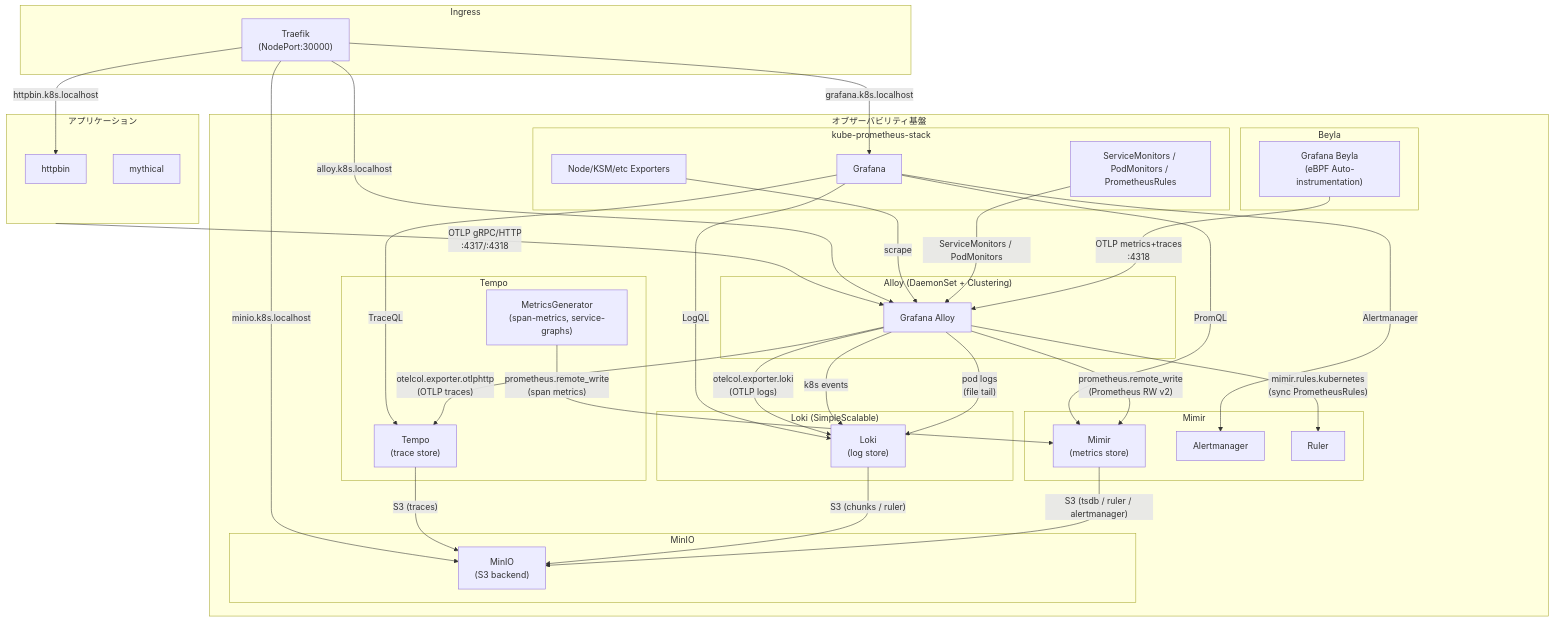
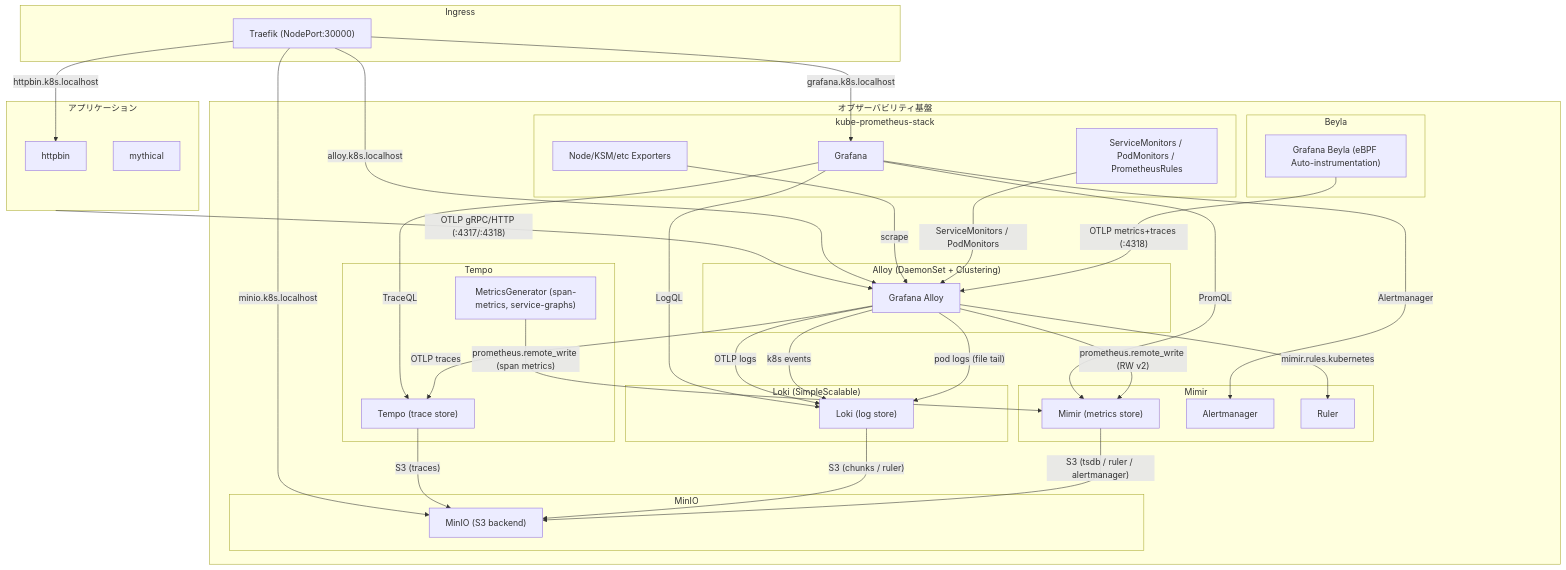
One commit to buzztaiki/sandbox changed the diagram in k8s/alloy-kube-prom-stack/README.md. Above: the diagram before and after it, drawn with Mermaid.

Commit message:
fix mermaid diagram: remove \n from labels

````diff
--- a/k8s/alloy-kube-prom-stack/README.md
+++ b/k8s/alloy-kube-prom-stack/README.md
@@ -32,7 +32,7 @@
 ```mermaid
 graph TB
     subgraph ingress["Ingress"]
-        traefik["Traefik\n(NodePort:30000)"]
+        traefik["Traefik (NodePort:30000)"]
     end
 
     subgraph apps["アプリケーション"]
@@ -46,7 +46,7 @@
         end
 
         subgraph beyla_ns["Beyla"]
-            beyla["Grafana Beyla\n(eBPF Auto-instrumentation)"]
+            beyla["Grafana Beyla (eBPF Auto-instrumentation)"]
         end
 
         subgraph kps["kube-prometheus-stack"]
@@ -56,49 +56,49 @@
         end
 
         subgraph mimir_ns["Mimir"]
-            mimir["Mimir\n(metrics store)"]
+            mimir["Mimir (metrics store)"]
             mimir_am["Alertmanager"]
             mimir_ruler["Ruler"]
         end
 
         subgraph loki_ns["Loki (SimpleScalable)"]
-            loki["Loki\n(log store)"]
+            loki["Loki (log store)"]
         end
 
         subgraph tempo_ns["Tempo"]
-            tempo["Tempo\n(trace store)"]
-            tempo_mg["MetricsGenerator\n(span-metrics, service-graphs)"]
+            tempo["Tempo (trace store)"]
+            tempo_mg["MetricsGenerator (span-metrics, service-graphs)"]
         end
 
         subgraph minio_ns["MinIO"]
-            minio["MinIO\n(S3 backend)"]
+            minio["MinIO (S3 backend)"]
         end
     end
 
     %% eBPF instrumentation
-    beyla -->|"OTLP metrics+traces\n:4318"| alloy
+    beyla -->|"OTLP metrics+traces (:4318)"| alloy
 
     %% App traces via OTel SDK
-    apps -->|"OTLP gRPC/HTTP\n:4317/:4318"| alloy
+    apps -->|"OTLP gRPC/HTTP (:4317/:4318)"| alloy
 
     %% Alloy -> metrics
-    alloy -->|"prometheus.remote_write\n(Prometheus RW v2)"| mimir
-    alloy -->|"mimir.rules.kubernetes\n(sync PrometheusRules)"| mimir_ruler
+    alloy -->|"prometheus.remote_write (RW v2)"| mimir
+    alloy -->|"mimir.rules.kubernetes"| mimir_ruler
 
     %% Alloy scrape via CRDs
     kube_sm -->|"ServiceMonitors / PodMonitors"| alloy
     exporters -->|"scrape"| alloy
 
     %% Alloy -> logs
-    alloy -->|"pod logs\n(file tail)"| loki
+    alloy -->|"pod logs (file tail)"| loki
     alloy -->|"k8s events"| loki
-    alloy -->|"otelcol.exporter.loki\n(OTLP logs)"| loki
+    alloy -->|"OTLP logs"| loki
 
     %% Alloy -> traces
-    alloy -->|"otelcol.exporter.otlphttp\n(OTLP traces)"| tempo
+    alloy -->|"OTLP traces"| tempo
 
     %% Tempo MetricsGenerator -> Mimir
-    tempo_mg -->|"prometheus.remote_write\n(span metrics)"| mimir
+    tempo_mg -->|"prometheus.remote_write (span metrics)"| mimir
 
     %% Storage backends
     mimir -->|"S3 (tsdb / ruler / alertmanager)"| minio
````
